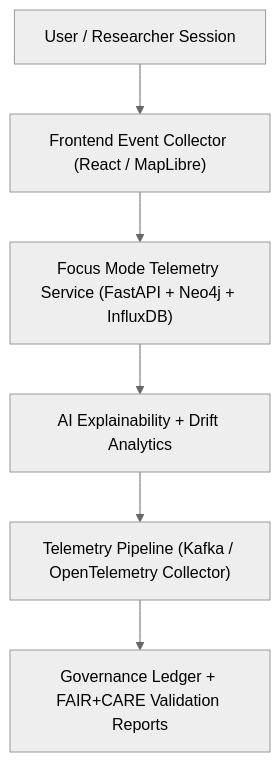
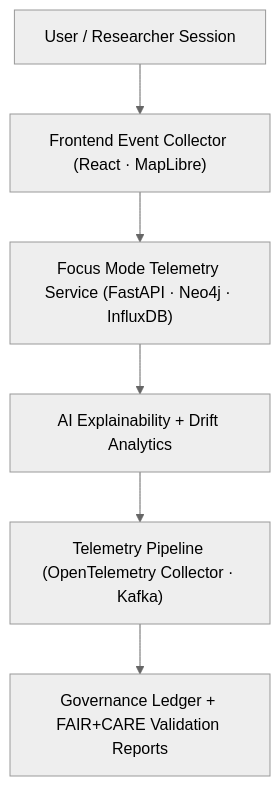
One commit to bartytime4life/Kansas-Frontier-Matrix changed the diagram in docs/architecture/telemetry-architecture.md. Above: the diagram before and after it, drawn with Mermaid (neutral theme). The commit also changed other lines of this file, not shown here.

First line of the commit message:
Upgrade telemetry architecture to version 9.7.0

````diff
--- a/docs/architecture/telemetry-architecture.md
+++ b/docs/architecture/telemetry-architecture.md
@@ -50,8 +50,8 @@
 ```mermaid
 flowchart TD
-    A["User / Researcher Session"] --> B["Frontend Event Collector (React / MapLibre)"]
-    B --> C["Focus Mode Telemetry Service (FastAPI + Neo4j + InfluxDB)"]
+    A["User / Researcher Session"] --> B["Frontend Event Collector (React · MapLibre)"]
+    B --> C["Focus Mode Telemetry Service (FastAPI · Neo4j · InfluxDB)"]
     C --> D["AI Explainability + Drift Analytics"]
-    D --> E["Telemetry Pipeline (Kafka / OpenTelemetry Collector)"]
+    D --> E["Telemetry Pipeline (OpenTelemetry Collector · Kafka)"]
     E --> F["Governance Ledger + FAIR+CARE Validation Reports"]
 ```
````
